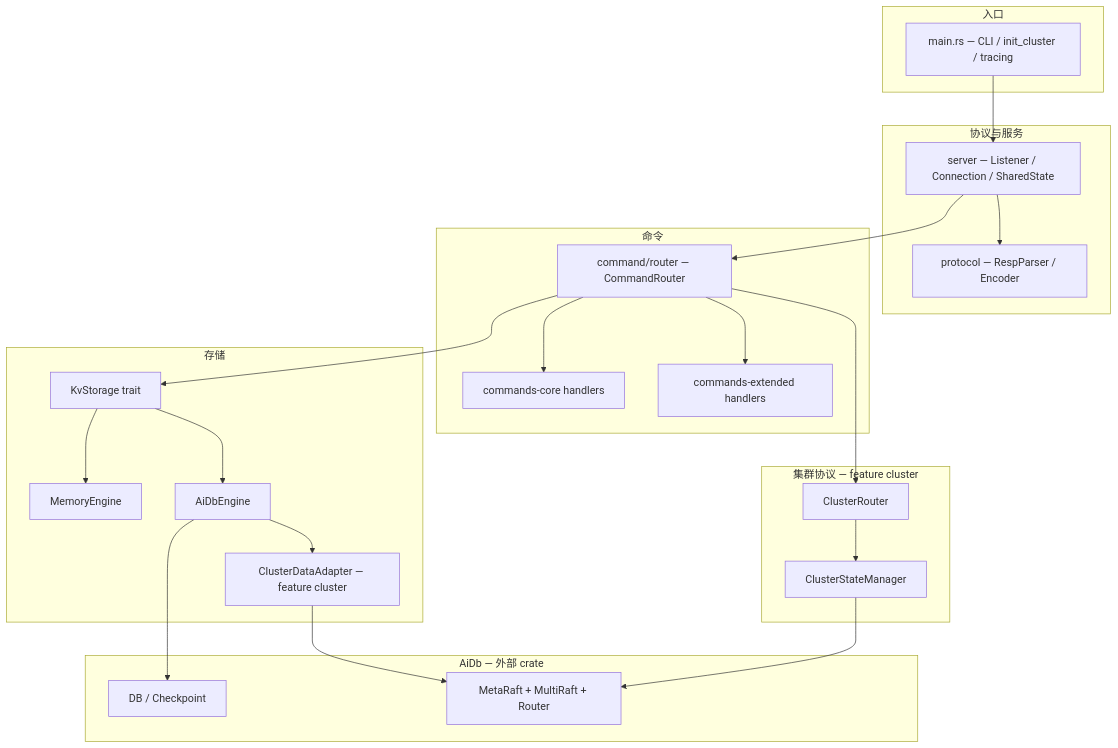
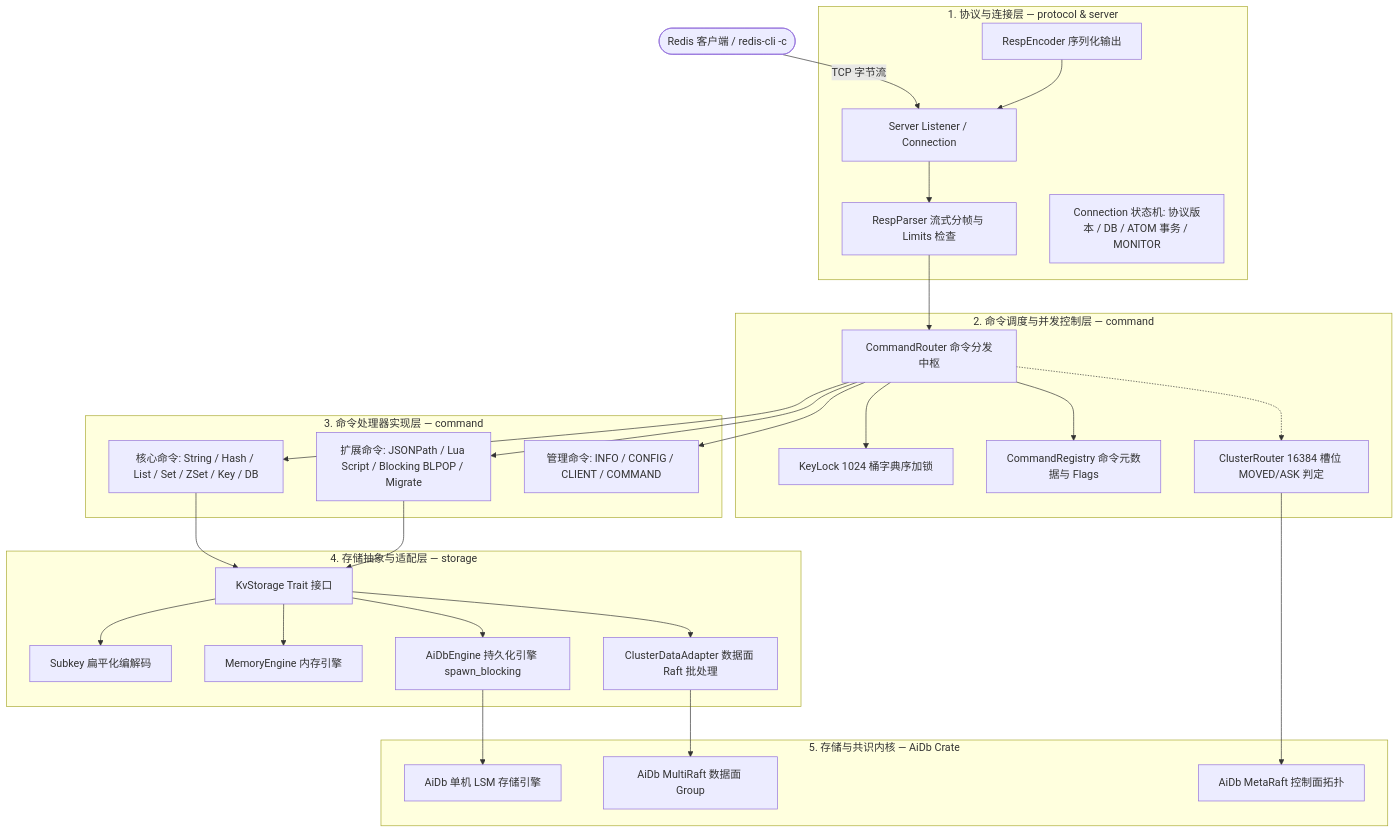
Before and after one commit to Genuineh/AiKv: the first of 5 diagrams in ARCHITECTURE.md, drawn with Mermaid. The commit also changed other lines of this file and 16 other files, not shown here.

````diff
--- a/ARCHITECTURE.md
+++ b/ARCHITECTURE.md
@@ -27,49 +29,38 @@
 ```mermaid
 flowchart TB
-  subgraph entry [入口]
-    MAIN[main.rs — CLI / init_cluster / tracing]
-  end
+    Client([Redis 客户端 / redis-cli -c]) -->|TCP 字节流| Listener[Server Listener / Connection]
 
-  subgraph wire [协议与服务]
-    PROTO[protocol — RespParser / Encoder]
-    SRV[server — Listener / Connection / SharedState]
-  end
+    subgraph ProtocolLayer [1. 协议与连接层 — protocol & server]
+        Listener --> Parser[RespParser 流式分帧与 Limits 检查]
+        Encoder[RespEncoder 序列化输出] --> Listener
+        ConnState[Connection 状态机: 协议版本 / DB / ATOM 事务 / MONITOR]
+    end
 
-  subgraph cmd [命令]
-    ROUTER[command/router — CommandRouter]
-    CORE[commands-core handlers]
-    EXT[commands-extended handlers]
-  end
+    subgraph RouterLayer [2. 命令调度与并发控制层 — command]
+        Parser --> Router[CommandRouter 命令分发中枢]
+        Router --> KeyLock[KeyLock 1024 桶字典序加锁]
+        Router --> Registry[CommandRegistry 命令元数据与 Flags]
+        Router -.-> ClusterRoute[ClusterRouter 16384 槽位 MOVED/ASK 判定]
+    end
 
-  subgraph store [存储]
-    KV[KvStorage trait]
-    MEM[MemoryEngine]
-    ADB[AiDbEngine]
-    CDA[ClusterDataAdapter — feature cluster]
-  end
+    subgraph HandlerLayer [3. 命令处理器实现层 — command]
+        Router --> CoreCmds[核心命令: String / Hash / List / Set / ZSet / Key / DB]
+        Router --> ExtCmds[扩展命令: JSONPath / Lua Script / Blocking BLPOP / Migrate]
+        Router --> AdminCmds[管理命令: INFO / CONFIG / CLIENT / COMMAND]
+    end
 
-  subgraph cl [集群协议 — feature cluster]
-    CR[ClusterRouter]
-    CSM[ClusterStateManager]
-  end
+    subgraph StorageLayer [4. 存储抽象与适配层 — storage]
+        CoreCmds --> StorageTrait[KvStorage Trait 接口]
+        ExtCmds --> StorageTrait
+        StorageTrait --> SubkeyEncoder[Subkey 扁平化编解码]
+        StorageTrait --> MemoryEngine[MemoryEngine 内存引擎]
+        StorageTrait --> AiDbEngine[AiDbEngine 持久化引擎 spawn_blocking]
+        StorageTrait --> ClusterAdapter[ClusterDataAdapter 数据面 Raft 批处理]
+    end
 
-  subgraph aidb [AiDb — 外部 crate]
-    DB[DB / Checkpoint]
-    MR[MetaRaft + MultiRaft + Router]
-  end
-
-  MAIN --> SRV
-  SRV --> PROTO
-  SRV --> ROUTER
-  ROUTER --> CORE
-  ROUTER --> EXT
-  ROUTER --> KV
-  KV --> MEM
-  KV --> ADB
-  ADB --> CDA
-  CDA --> MR
-  ADB --> DB
-  ROUTER --> CR
-  CR --> CSM
-  CSM --> MR
+    subgraph SiblingAiDb [5. 存储与共识内核 — AiDb Crate]
+        AiDbEngine --> LSM[AiDb 单机 LSM 存储引擎]
+        ClusterAdapter --> MultiRaft[AiDb MultiRaft 数据面 Group]
+        ClusterRoute --> MetaRaft[AiDb MetaRaft 控制面拓扑]
+    end
 ```
````
